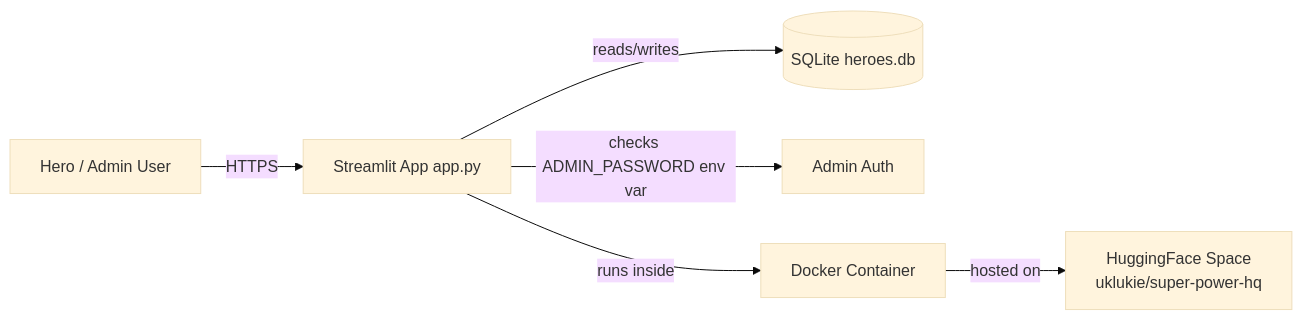
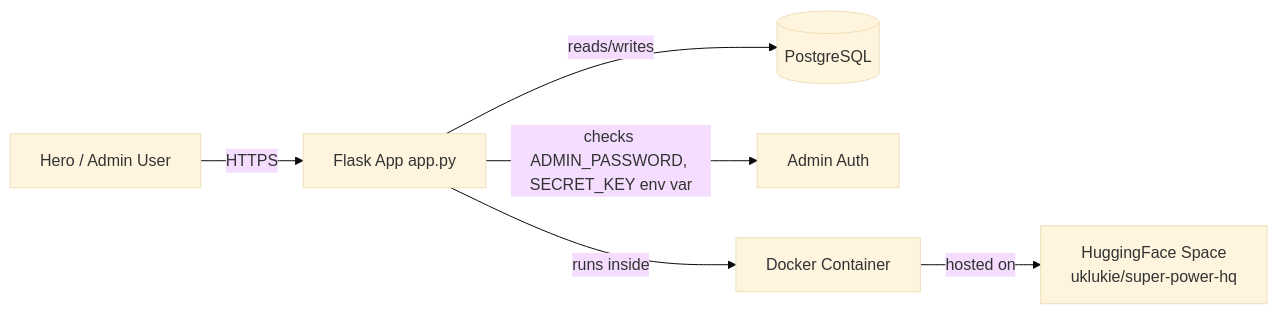
One commit to lukeli-iott/super-power-hq-01 changed the first of 2 diagrams in README.md. Above: the diagram before and after it, drawn with Mermaid (base theme). The commit also changed other lines of this file and 9 other files, not shown here.

````diff
--- a/README.md
+++ b/README.md
@@ -265,8 +57,8 @@
 ```mermaid
 flowchart LR
-    User[Hero / Admin User] -->|HTTPS| App[Streamlit App app.py]
-    App -->|reads/writes| DB[(SQLite heroes.db)]
-    App -->|checks ADMIN_PASSWORD env var| Auth[Admin Auth]
+    User[Hero / Admin User] -->|HTTPS| App[Flask App app.py]
+    App -->|reads/writes| DB[(PostgreSQL)]
+    App -->|checks ADMIN_PASSWORD, SECRET_KEY env var| Auth[Admin Auth]
     App -->|runs inside| Docker[Docker Container]
     Docker -->|hosted on| HF[HuggingFace Space<br/>uklukie/super-power-hq]
 ```
````
